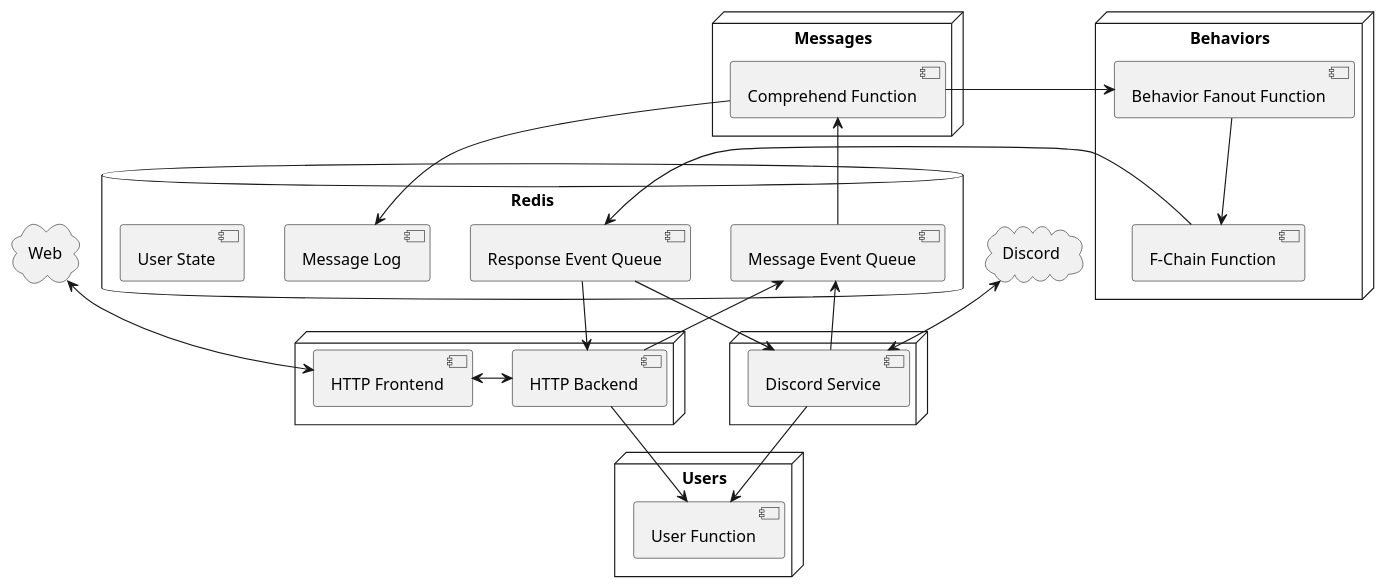
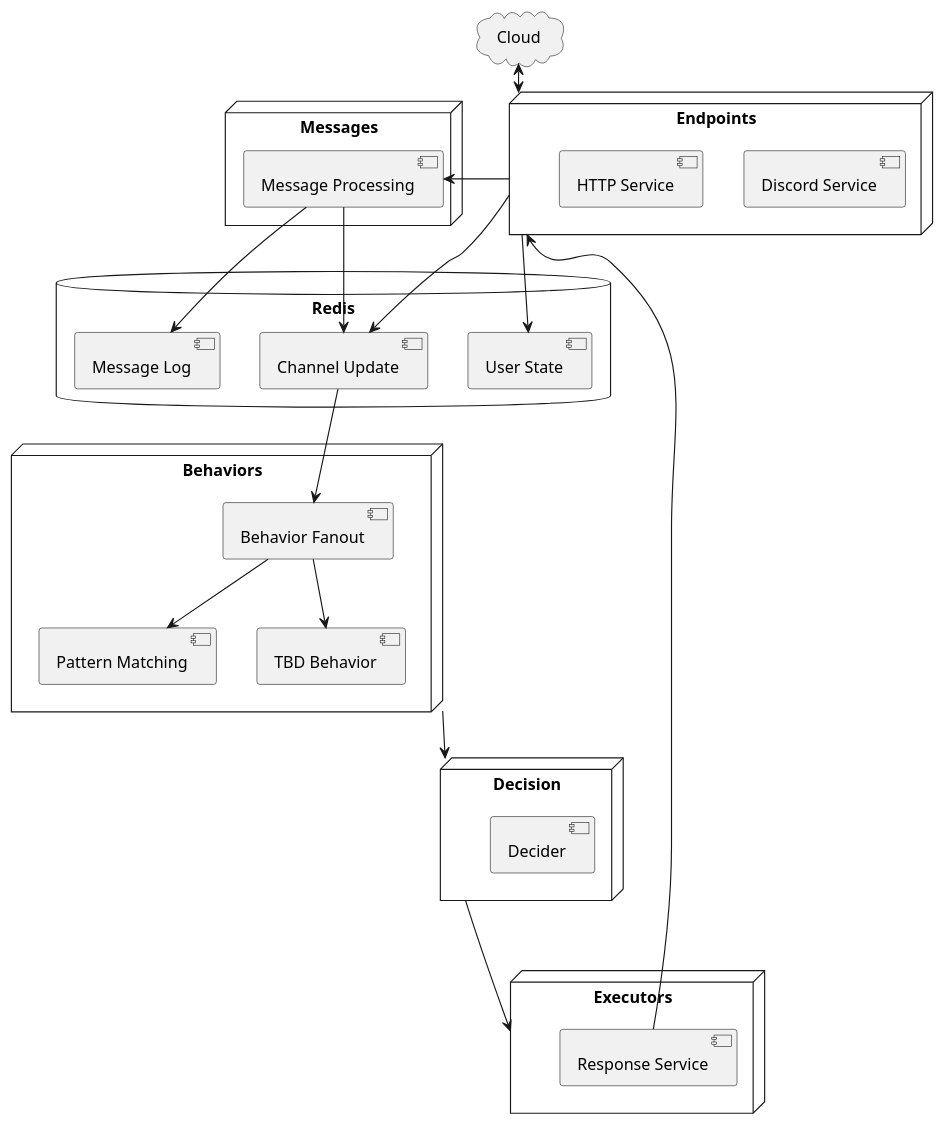
Before and after one commit to elusivebot/elusivebot-docs: the diagram in diagrams/architecture.puml, drawn with PlantUML.

Commit message:
Update architecture diagram to latest sketch
Could use some reordering and some clarifying details, but hopefully
enough to get started for realz.

```diff
--- a/diagrams/architecture.puml
+++ b/diagrams/architecture.puml
@@ -1,59 +1,55 @@
 @startuml architecture
 
-cloud Discord
+cloud Cloud
 
-node {
-    [Discord Service] as discord_service
-}
-
-cloud Web
-
-node {
-    [HTTP Frontend] as http_frontend
-    [HTTP Backend] as http_backend
+node Endpoints {
+    [Discord Service] as discord
+    [HTTP Service] as http
 }
 
 database Redis {
-    [Message Event Queue] as messages
-    [Response Event Queue] as responses
-
     [Message Log] as message_log
     [User State] as user_state
+
+    [Channel Update] as channel_updates
 }
 
 node Messages {
-    [Comprehend Function] as comprehend_handler
+    [Message Processing] as message_processing
 }
 
 node Behaviors {
-    [Behavior Fanout Function] as behavior_fanout
-    [F-Chain Function] as f_chain
+    [Behavior Fanout] as behavior_fanout
+    [Pattern Matching] as behavior_patterns
+    [TBD Behavior] as behavior_placeholder
 }
 
-node Users {
-    [User Function] as user_func
+node Decision {
+    [Decider] as decision_service
 }
 
-Web <--> http_frontend
-http_frontend <-> http_backend
+node Executors {
+    [Response Service] as response_service
+}
 
-http_backend --> messages
-http_backend --> user_func
-responses --> http_backend
+Cloud <--> Endpoints
 
+Endpoints --> message_processing
+Endpoints --> user_state
+Endpoints --> channel_updates
 
-Discord <--> discord_service
+message_processing --> message_log
+message_processing --> channel_updates
 
-discord_service --> messages
-discord_service --> user_func
-responses --> discord_service
+channel_updates --> behavior_fanout
 
-messages --> comprehend_handler
-comprehend_handler --> message_log
-comprehend_handler --> behavior_fanout
+behavior_fanout --> behavior_patterns
+behavior_fanout --> behavior_placeholder
 
-behavior_fanout --> f_chain
+Behaviors ---> Decision
 
-f_chain -> responses
+Decision ---> Executors
+
+response_service --> Endpoints
 
 @enduml
```
